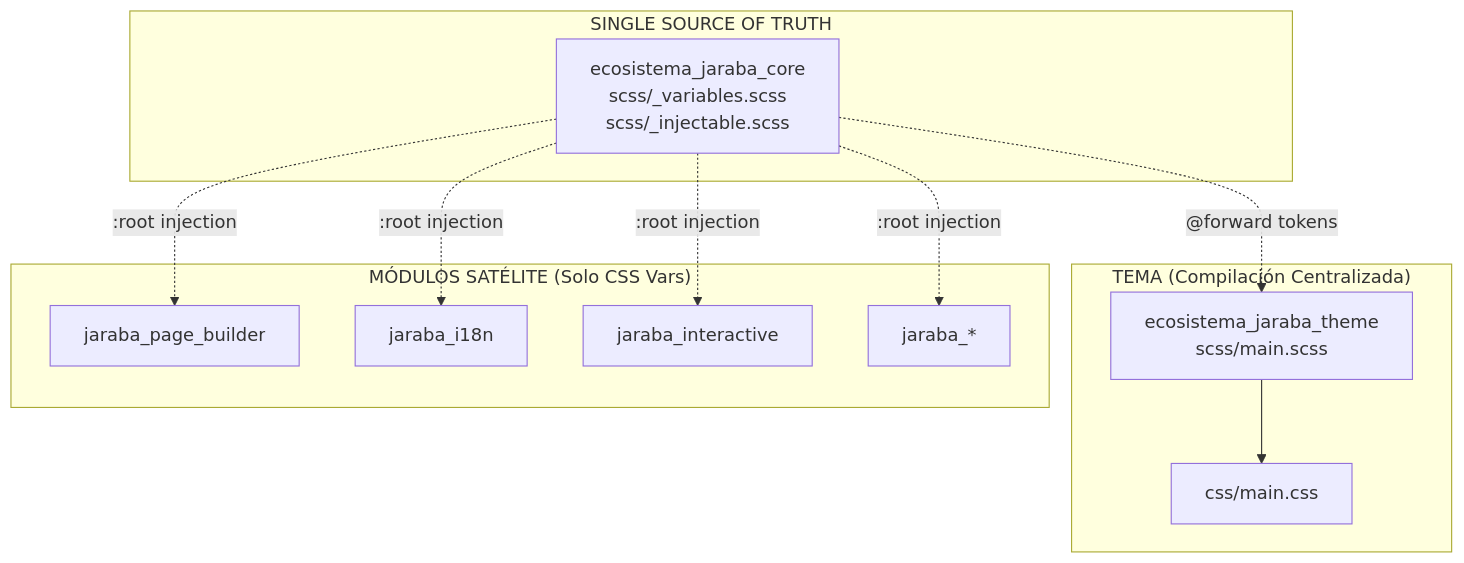
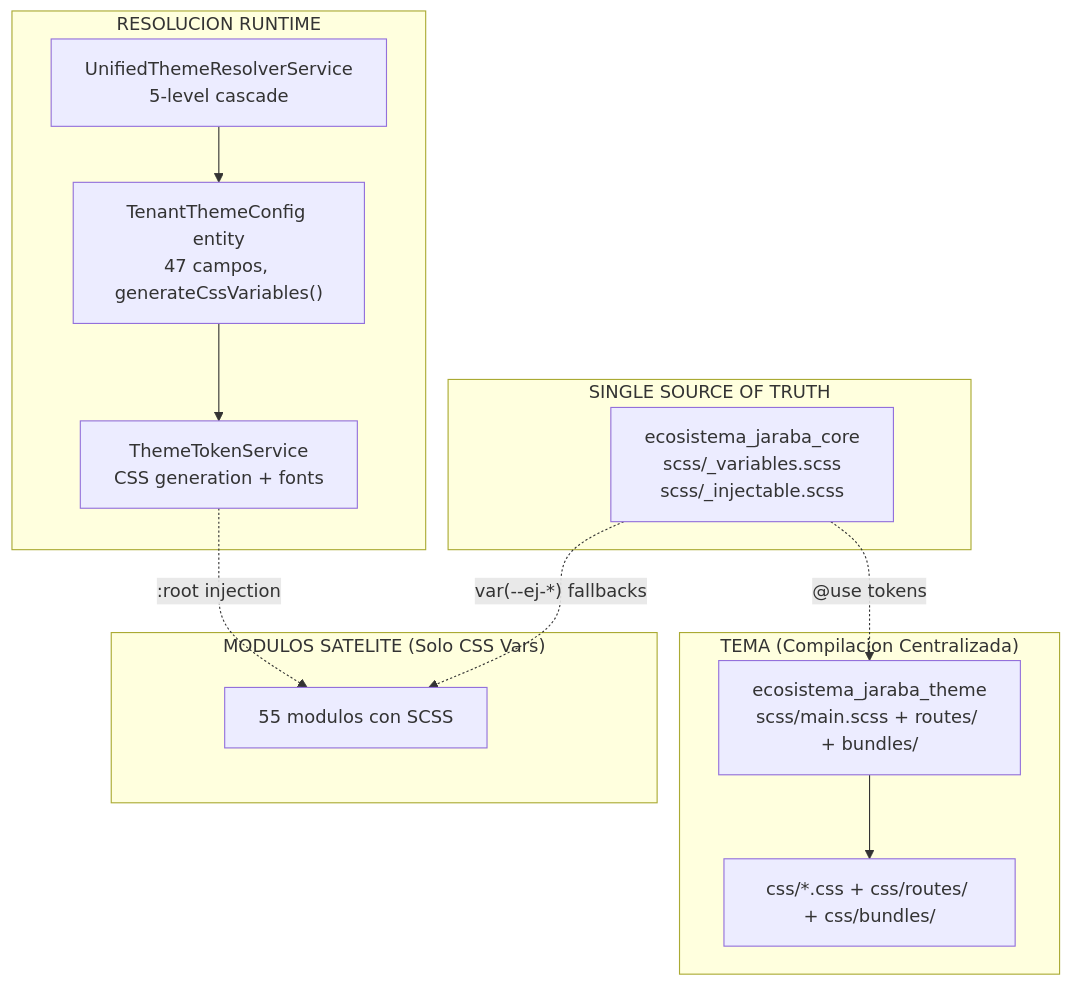
The diagram in docs/arquitectura/2026-02-05_arquitectura_theming_saas_master.md (JarabaImpactPlatformSaSS/JarabaImpactPlatformSaaS), drawn with Mermaid before and after one commit. The commit also changed other lines of this file, not shown here.

First line of the commit message:
docs: update theming architecture v2.1 -> v3.0

````diff
--- a/docs/arquitectura/2026-02-05_arquitectura_theming_saas_master.md
+++ b/docs/arquitectura/2026-02-05_arquitectura_theming_saas_master.md
@@ -42,25 +37,27 @@
 ```mermaid
 graph TD
     subgraph "SINGLE SOURCE OF TRUTH"
         A["ecosistema_jaraba_core<br/>scss/_variables.scss<br/>scss/_injectable.scss"]
     end
-    
-    subgraph "TEMA (Compilación Centralizada)"
-        B["ecosistema_jaraba_theme<br/>scss/main.scss"]
-        C["css/main.css"]
+
+    subgraph "TEMA (Compilacion Centralizada)"
+        B["ecosistema_jaraba_theme<br/>scss/main.scss + routes/ + bundles/"]
+        C["css/*.css + css/routes/ + css/bundles/"]
         B --> C
     end
-    
-    subgraph "MÓDULOS SATÉLITE (Solo CSS Vars)"
-        D["jaraba_page_builder"]
-        E["jaraba_i18n"]
-        F["jaraba_interactive"]
-        G["jaraba_*"]
+
+    subgraph "RESOLUCION RUNTIME"
+        D["UnifiedThemeResolverService<br/>5-level cascade"]
+        E["TenantThemeConfig entity<br/>47 campos, generateCssVariables()"]
+        F["ThemeTokenService<br/>CSS generation + fonts"]
+        D --> E --> F
     end
-    
-    A -.->|"@forward tokens"| B
-    A -.->|":root injection"| D
-    A -.->|":root injection"| E
-    A -.->|":root injection"| F
-    A -.->|":root injection"| G
+
+    subgraph "MODULOS SATELITE (Solo CSS Vars)"
+        G["55 modulos con SCSS"]
+    end
+
+    A -.->|"@use tokens"| B
+    F -.->|":root injection"| G
+    A -.->|"var(--ej-*) fallbacks"| G
 ```
````
